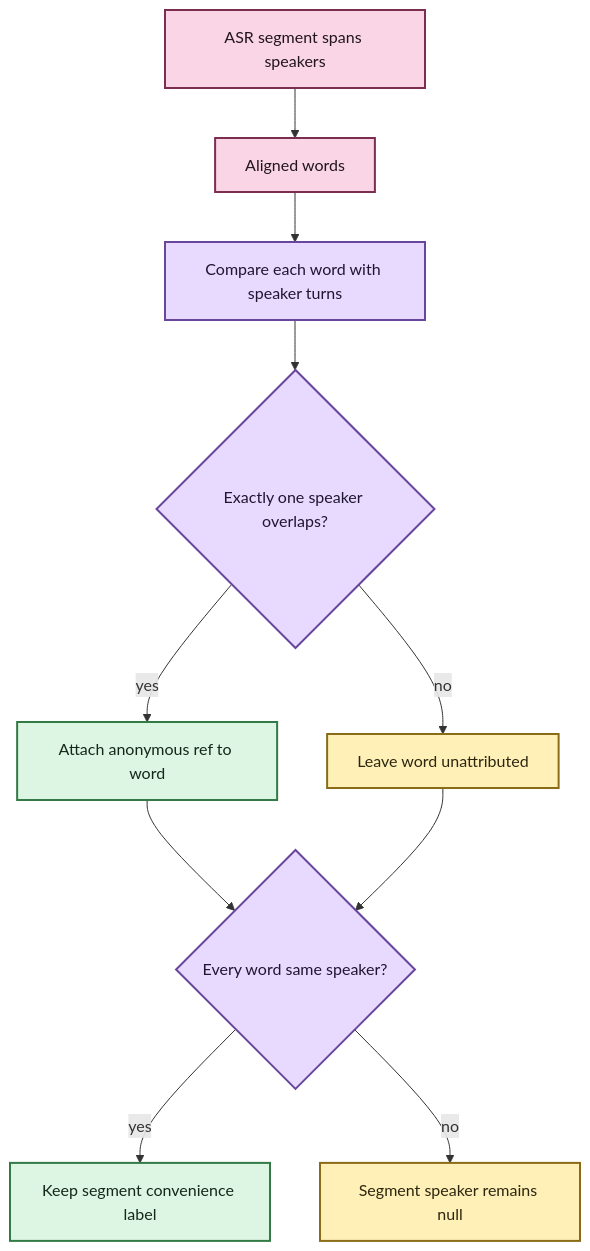
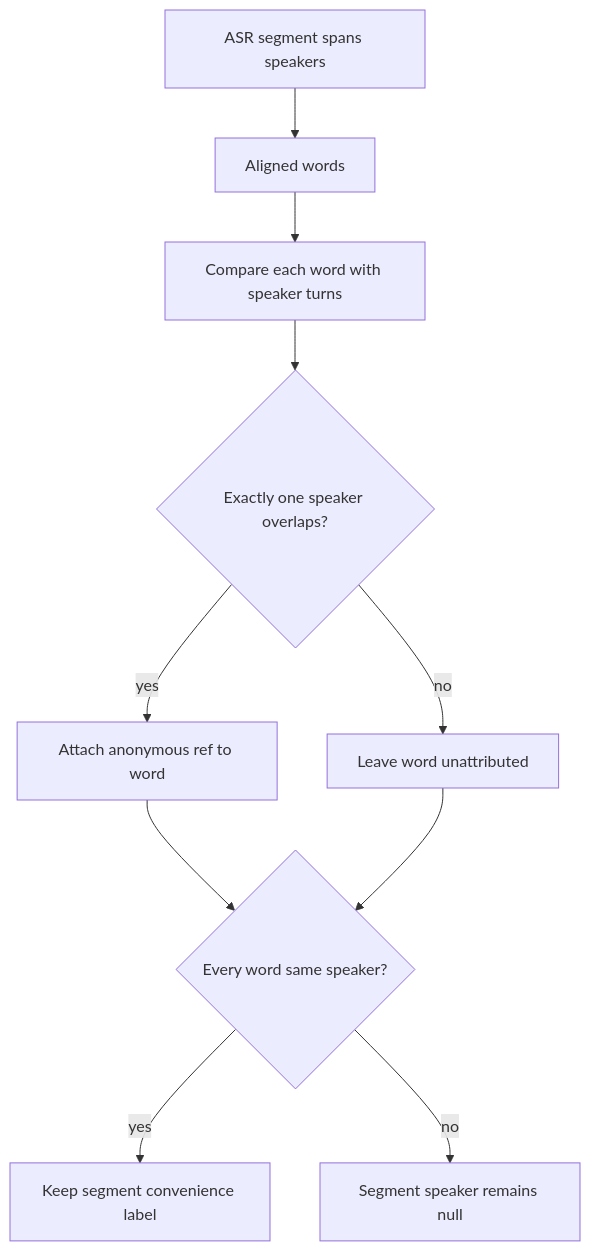
The second of 2 diagrams in docs/architecture/word-alignment.md (SSD1805/EchoFlow), drawn with Mermaid before and after one commit. The commit also changed other lines of this file and 24 other files, not shown here.

Commit message:
docs: normalize Mermaid for GitHub portability

````diff
--- a/docs/architecture/word-alignment.md
+++ b/docs/architecture/word-alignment.md
@@ -113,22 +105,12 @@
 ```mermaid
-flowchart TD
+graph TD;
     A[ASR segment spans speakers] --> B[Aligned words]
     B --> C[Compare each word with speaker turns]
     C --> D{Exactly one speaker overlaps?}
     D -->|yes| E[Attach anonymous ref to word]
     D -->|no| F[Leave word unattributed]
     E --> G{Every word same speaker?}
     F --> G
     G -->|yes| H[Keep segment convenience label]
     G -->|no| I[Segment speaker remains null]
-
-    classDef evidence fill:#F9D5E5,stroke:#7B2E52,stroke-width:2px,color:#22151B
-    classDef process fill:#E8D9FF,stroke:#68469B,stroke-width:2px,color:#1F1630
-    classDef safe fill:#DDF5E3,stroke:#347A46,stroke-width:2px,color:#142719
-    classDef ambiguous fill:#FFF0B8,stroke:#8A6B18,stroke-width:2px,color:#2C260F
-
-    class A,B evidence
-    class C,D,G process
-    class E,H safe
-    class F,I ambiguous
 ```
````
